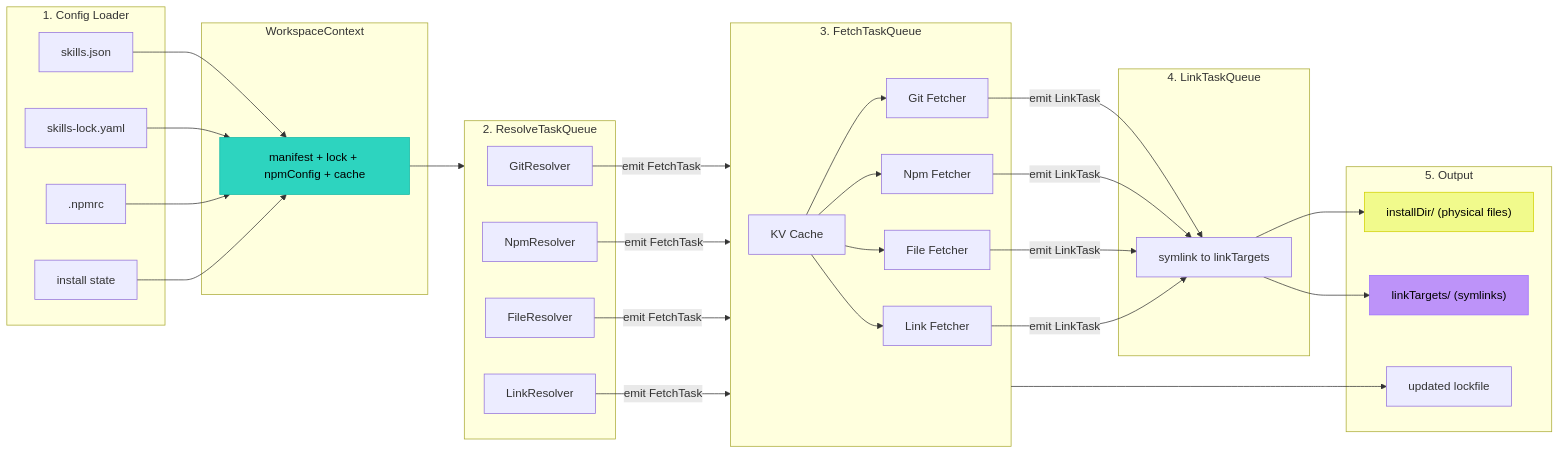
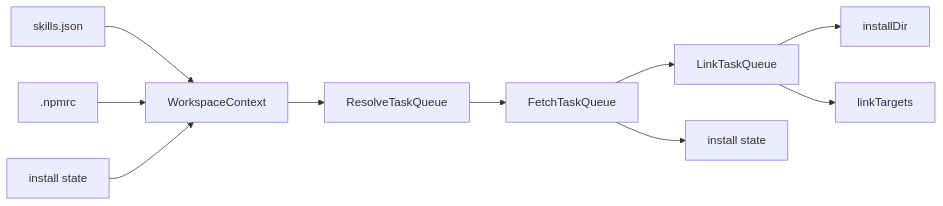
Before and after one commit to SoonIter/skills-package-manager: the diagram in website/docs/architecture/how-it-works.mdx, drawn with Mermaid. The commit also changed other lines of this file and 68 other files, not shown here.

First line of the commit message:
feat: remove skills lockfile persistence (#33)

````diff
--- a/website/docs/architecture/how-it-works.mdx
+++ b/website/docs/architecture/how-it-works.mdx
@@ -48,50 +36,12 @@
 ```mermaid
 flowchart LR
-    subgraph Config ["1. Config Loader"]
-        A["skills.json"]
-        B["skills-lock.yaml"]
-        C[".npmrc"]
-        D["install state"]
-    end
-
-    subgraph Context ["WorkspaceContext"]
-        E["manifest + lock + npmConfig + cache"]
-    end
-
-    subgraph Resolve ["2. ResolveTaskQueue"]
-        F["GitResolver"]
-        G["NpmResolver"]
-        H["FileResolver"]
-        I["LinkResolver"]
-    end
-
-    subgraph Fetch ["3. FetchTaskQueue"]
-        J["KV Cache"]
-        K["Git Fetcher"]
-        L["Npm Fetcher"]
-        M["File Fetcher"]
-        N["Link Fetcher"]
-    end
-
-    subgraph Link ["4. LinkTaskQueue"]
-        O["symlink to linkTargets"]
-    end
-
-    subgraph Output ["5. Output"]
-        P["installDir/ (physical files)"]
-        Q["linkTargets/ (symlinks)"]
-        R["updated lockfile"]
-    end
-
-    A & B & C & D --> E
-    E --> Resolve
-    F & G & H & I -->|emit FetchTask| Fetch
-    J --> K & L & M & N
-    K & L & M & N -->|emit LinkTask| O
-    O --> P & Q
-    Fetch --> R
-
-    style E fill:#2dd4bf,stroke:#14b8a6,color:#000
-    style P fill:#f1fa8c,stroke:#d1d100,color:#000
-    style Q fill:#bd93f9,stroke:#9b6dff,color:#000
+    A["skills.json"] --> B["WorkspaceContext"]
+    C[".npmrc"] --> B
+    D["install state"] --> B
+    B --> E["ResolveTaskQueue"]
+    E --> F["FetchTaskQueue"]
+    F --> G["LinkTaskQueue"]
+    G --> H["installDir"]
+    G --> I["linkTargets"]
+    F --> J["install state"]
 ```
````
